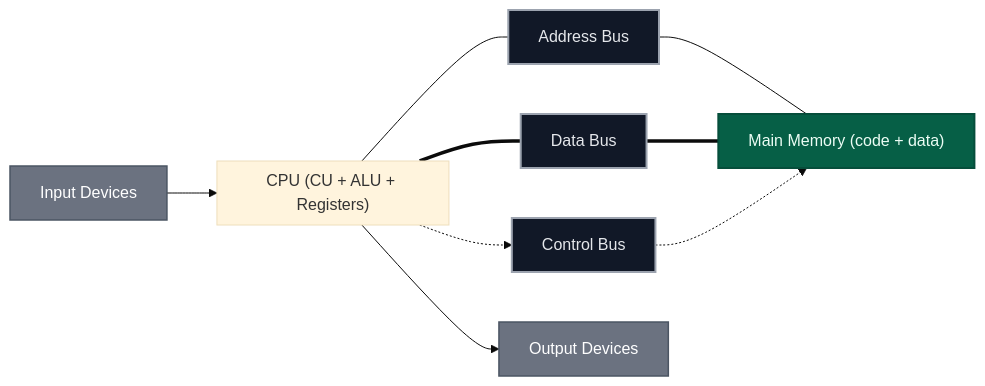
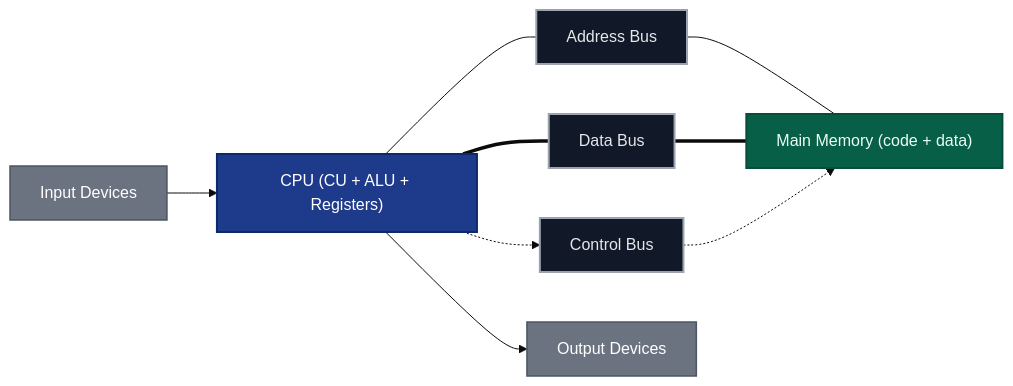
Before and after one commit to jaysalw/csref.dev: the first of 15 diagrams in docs/level-4/computing-skills/computer-systems-and-architecture.md, drawn with Mermaid (base theme). The commit also changed other lines of this file, not shown here.

Commit message:
Refactor Mermaid diagrams to improve CPU and GPU representation

````diff
--- a/docs/level-4/computing-skills/computer-systems-and-architecture.md
+++ b/docs/level-4/computing-skills/computer-systems-and-architecture.md
@@ -12,22 +12,21 @@
 ```mermaid
 flowchart LR
   classDef cpu fill:#1e3a8a,stroke:#0b2a6b,stroke-width:2,color:#fff;
   classDef mem fill:#065f46,stroke:#064e3b,stroke-width:2,color:#ecfdf5;
   classDef bus fill:#111827,stroke:#9ca3af,stroke-width:2,color:#e5e7eb;
   classDef io  fill:#6b7280,stroke:#4b5563,stroke-width:1.5,color:#fff;
 
-  subgraph CPU["CPU (CU + ALU + Registers)"]
-  end
+  CPU["CPU (CU + ALU + Registers)"]:::cpu
   MEM["Main Memory (code + data)"]:::mem
   ABUS["Address Bus"]:::bus
   DBUS["Data Bus"]:::bus
   CBUS["Control Bus"]:::bus
   IOI["Input Devices"]:::io
   IOO["Output Devices"]:::io
 
   CPU --- ABUS --- MEM
   CPU === DBUS === MEM
   CPU -.-> CBUS -.-> MEM
   IOI --> CPU
   CPU --> IOO
 ```
````
